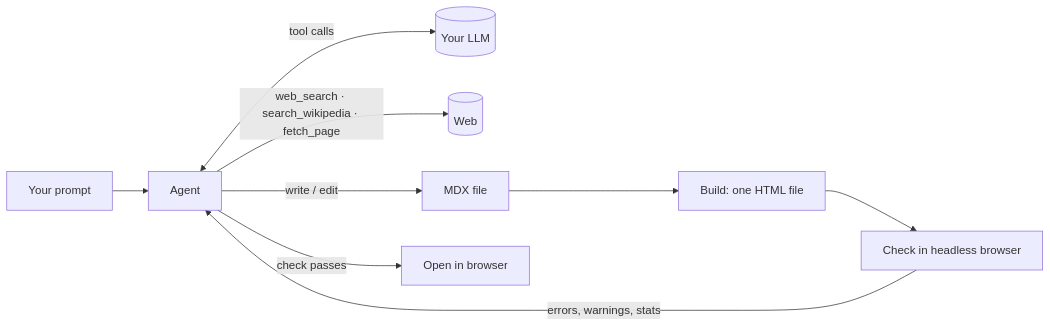
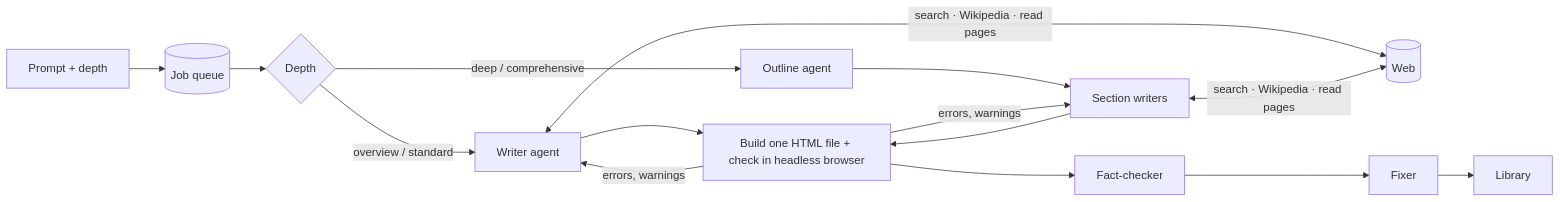
Before and after one commit to Funk66/explainer: the diagram in README.md, drawn with Mermaid. The commit also changed other lines of this file and 51 other files, not shown here.

Commit message:
Build web interface

````diff
--- a/README.md
+++ b/README.md
@@ -32,11 +50,11 @@
 ```mermaid
 flowchart LR
-  P[Your prompt] --> A[Agent]
-  A <-->|tool calls| L[(Your LLM)]
-  A -->|web_search · search_wikipedia · fetch_page| W[(Web)]
-  A -->|write / edit| M[MDX file]
-  M --> B[Build: one HTML file]
-  B --> C[Check in headless browser]
-  C -->|errors, warnings, stats| A
-  A -->|check passes| O[Open in browser]
+  P[Prompt + depth] --> Q[(Job queue)]
+  Q --> R{Depth}
+  R -->|overview / standard| W[Writer agent]
+  R -->|deep / comprehensive| O[Outline agent] --> S[Section writers]
+  W & S <-->|search · Wikipedia · read pages| Web[(Web)]
+  W & S --> B[Build one HTML file + check in headless browser]
+  B -->|errors, warnings| W & S
+  B --> F[Fact-checker] --> X[Fixer] --> D[Library]
 ```
````
